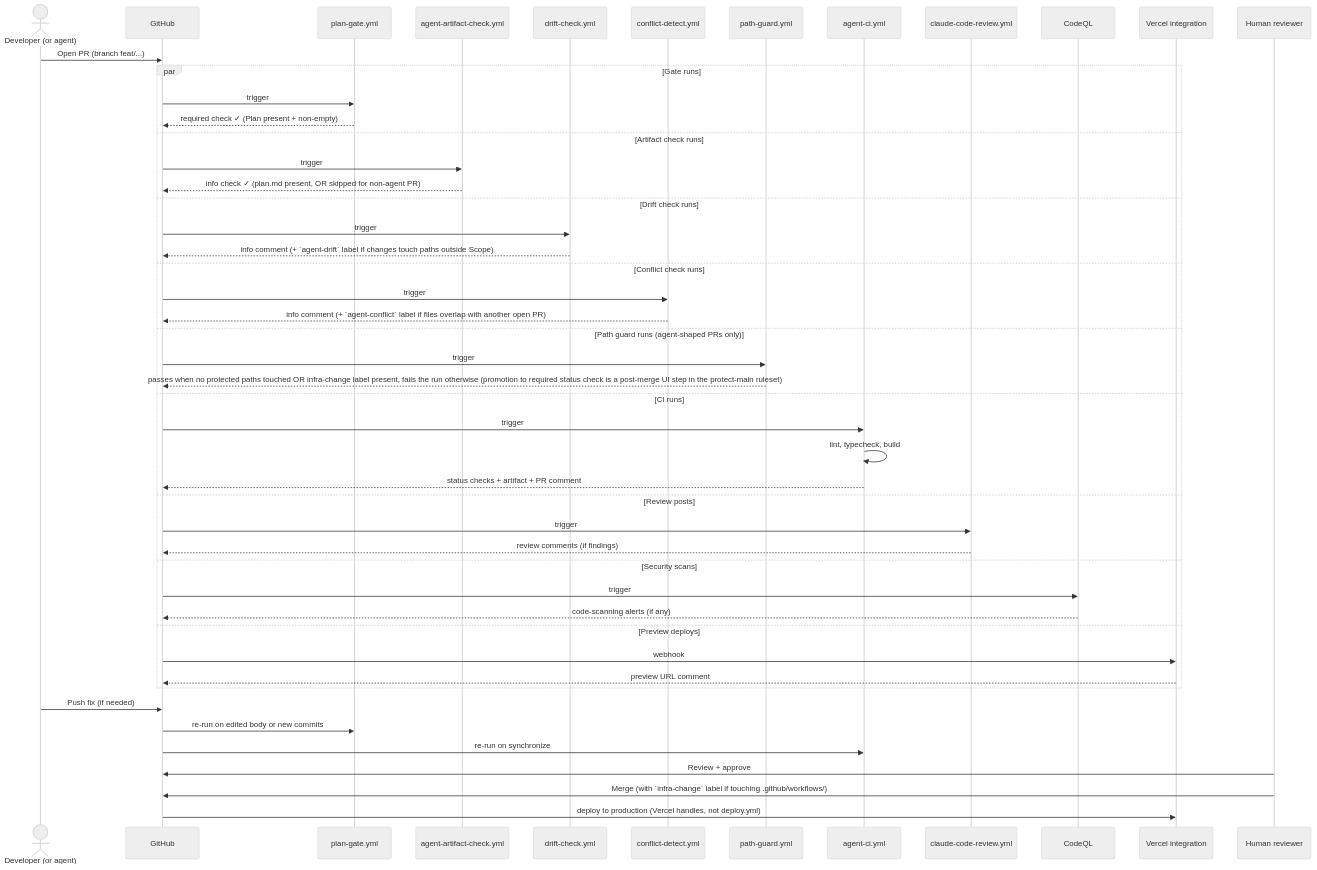
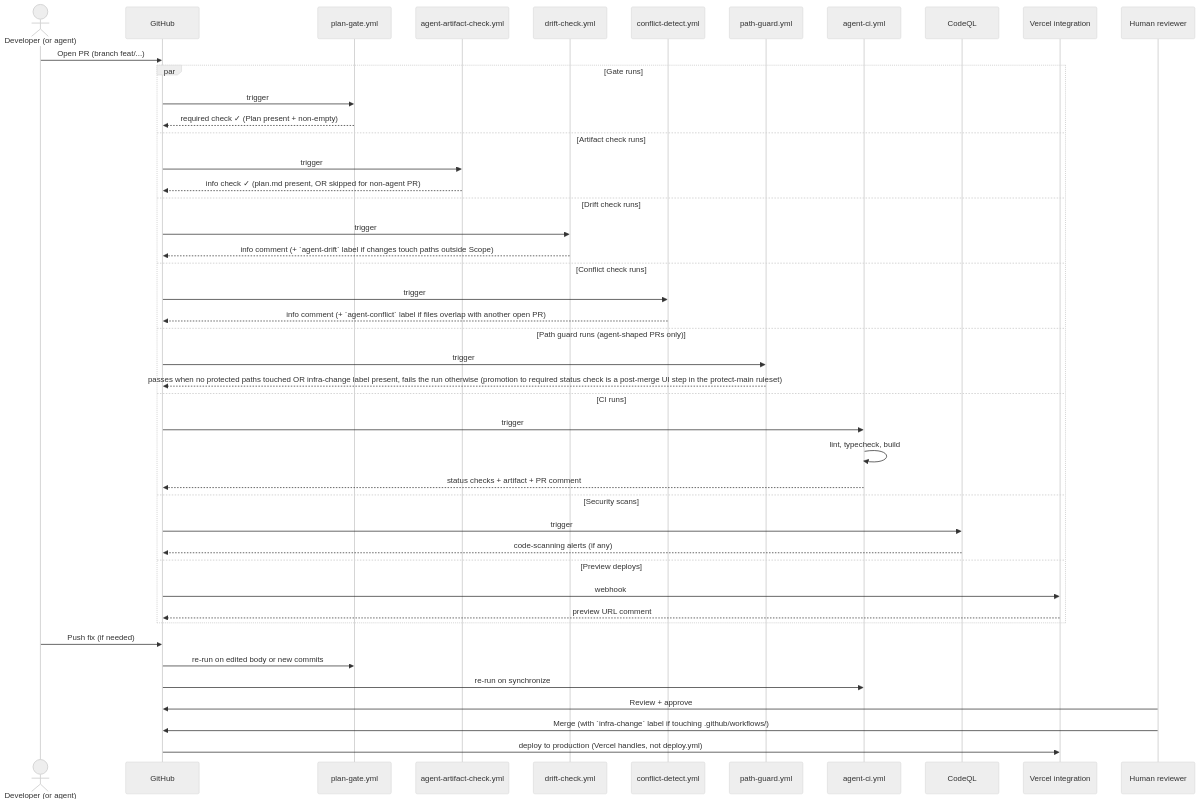
The second of 3 diagrams in docs/WORKFLOWS.md (lpt-labs/london-premium-transfers), drawn with Mermaid (neutral theme) before and after one commit. The commit also changed other lines of this file and 3 other files, not shown here.

First line of the commit message:
chore: remove claude-code-review.yml and all doc references

````diff
--- a/docs/WORKFLOWS.md
+++ b/docs/WORKFLOWS.md
@@ -133,55 +131,51 @@
 ```mermaid
 sequenceDiagram
     actor Dev as Developer (or agent)
     participant GH as GitHub
     participant Gate as plan-gate.yml
     participant Artifact as agent-artifact-check.yml
     participant Drift as drift-check.yml
     participant Conflict as conflict-detect.yml
     participant PathGuard as path-guard.yml
     participant CI as agent-ci.yml
-    participant Review as claude-code-review.yml
     participant CodeQL as CodeQL
     participant Vercel as Vercel integration
     participant Human as Human reviewer
 
     Dev->>GH: Open PR (branch feat/...)
 
     par Gate runs
         GH->>Gate: trigger
         Gate-->>GH: required check ✓ (Plan present + non-empty)
     and Artifact check runs
         GH->>Artifact: trigger
         Artifact-->>GH: info check ✓ (plan.md present, OR skipped for non-agent PR)
     and Drift check runs
         GH->>Drift: trigger
         Drift-->>GH: info comment (+ `agent-drift` label if changes touch paths outside Scope)
     and Conflict check runs
         GH->>Conflict: trigger
         Conflict-->>GH: info comment (+ `agent-conflict` label if files overlap with another open PR)
     and Path guard runs (agent-shaped PRs only)
         GH->>PathGuard: trigger
         PathGuard-->>GH: passes when no protected paths touched OR infra-change label present, fails the run otherwise (promotion to required status check is a post-merge UI step in the protect-main ruleset)
     and CI runs
         GH->>CI: trigger
         CI->>CI: lint, typecheck, build
         CI-->>GH: status checks + artifact + PR comment
-    and Review posts
-        GH->>Review: trigger
-        Review-->>GH: review comments (if findings)
     and Security scans
         GH->>CodeQL: trigger
         CodeQL-->>GH: code-scanning alerts (if any)
     and Preview deploys
         GH->>Vercel: webhook
         Vercel-->>GH: preview URL comment
     end
 
     Dev->>GH: Push fix (if needed)
     GH->>Gate: re-run on edited body or new commits
     GH->>CI: re-run on synchronize
 
     Human->>GH: Review + approve
     Human->>GH: Merge (with `infra-change` label if touching .github/workflows/)
     GH->>Vercel: deploy to production (Vercel handles, not deploy.yml)
 ```
````
